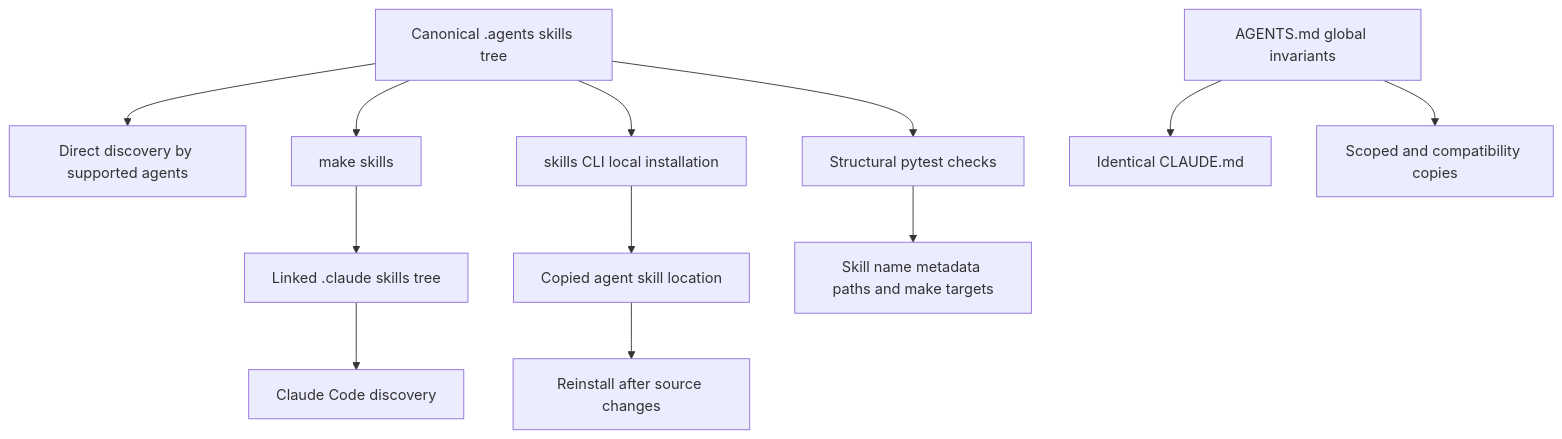
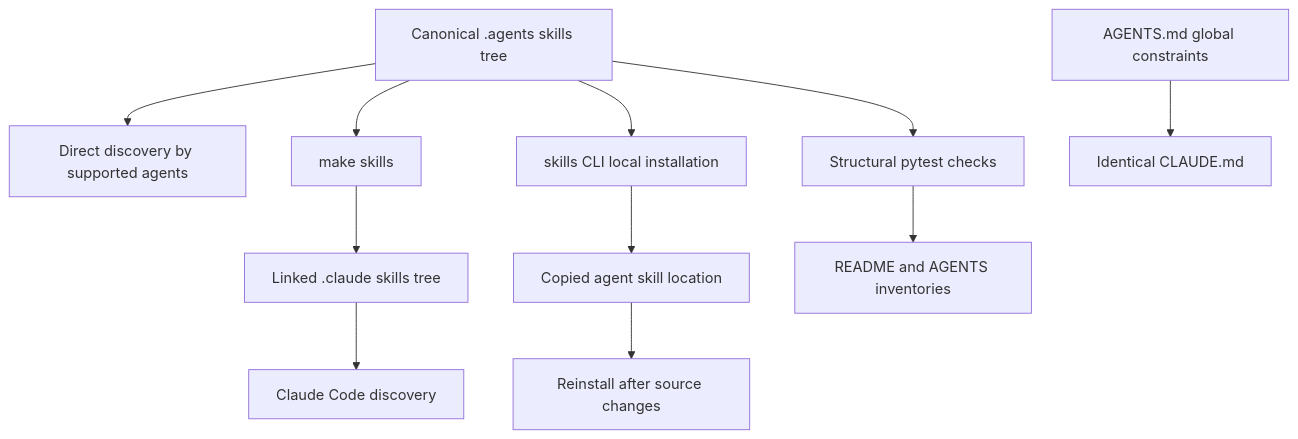
The diagram in openwiki/operations/agent-skills.md (langchain-ai/docs), drawn with Mermaid before and after one commit. The commit also changed other lines of this file and 20 other files, not shown here.

````diff
--- a/openwiki/operations/agent-skills.md
+++ b/openwiki/operations/agent-skills.md
@@ -55,14 +59,13 @@
 ```mermaid
 flowchart TD
   Canonical["Canonical .agents skills tree"] --> Direct["Direct discovery by supported agents"]
-  Canonical --> ClaudeCmd["make skills"]
-  ClaudeCmd --> ClaudeTree["Linked .claude skills tree"]
-  ClaudeTree --> Claude["Claude Code discovery"]
-  Canonical --> External["skills CLI local installation"]
-  External --> Copy["Copied agent skill location"]
-  Copy --> Refresh["Reinstall after source changes"]
-  Canonical --> Checks["Structural pytest checks"]
-  Rules["AGENTS.md global invariants"] --> ClaudeRules["Identical CLAUDE.md"]
-  Rules --> Derived["Scoped and compatibility copies"]
-  Checks --> Contract["Skill name metadata paths and make targets"]
+  Canonical --> ClaudeCommand["make skills"]
+  ClaudeCommand --> ClaudeTree["Linked .claude skills tree"]
+  ClaudeTree --> ClaudeCode["Claude Code discovery"]
+  Canonical --> Installer["skills CLI local installation"]
+  Installer --> CopiedTree["Copied agent skill location"]
+  CopiedTree --> Reinstall["Reinstall after source changes"]
+  Canonical --> Tests["Structural pytest checks"]
+  Global["AGENTS.md global constraints"] --> ClaudeGuide["Identical CLAUDE.md"]
+  Tests --> Catalogs["README and AGENTS inventories"]
 ```
````
